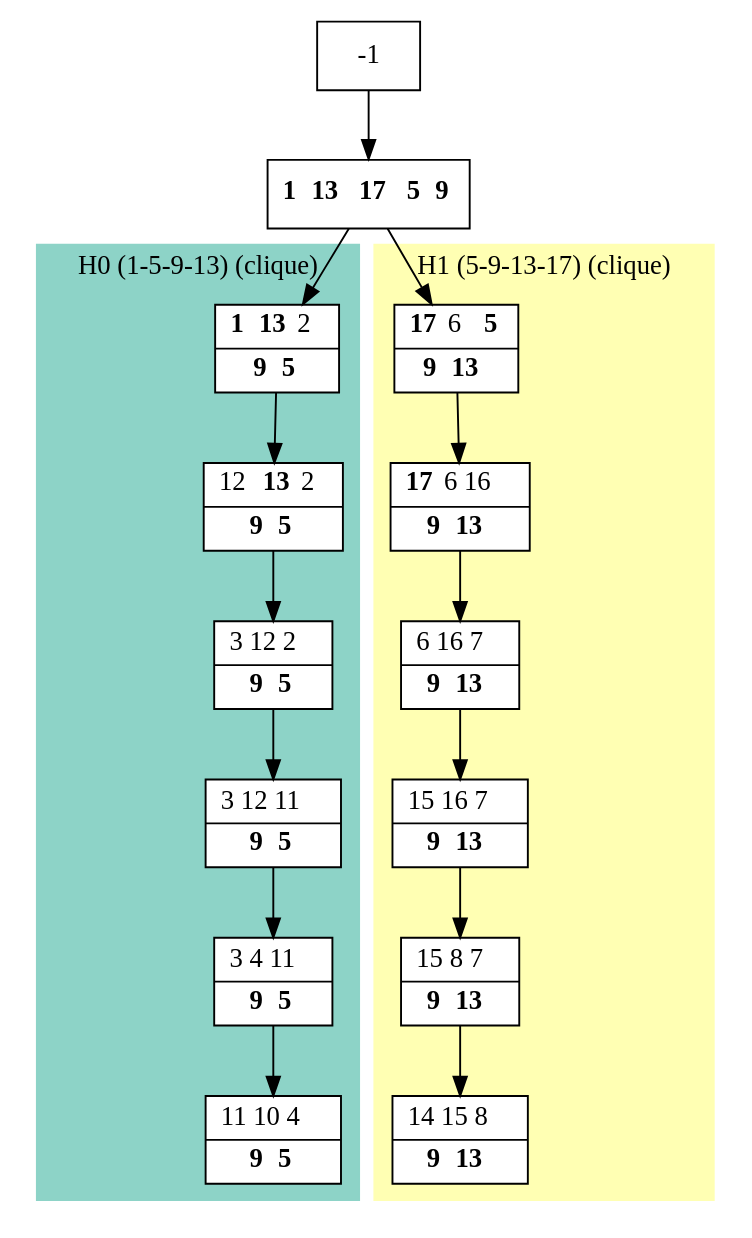
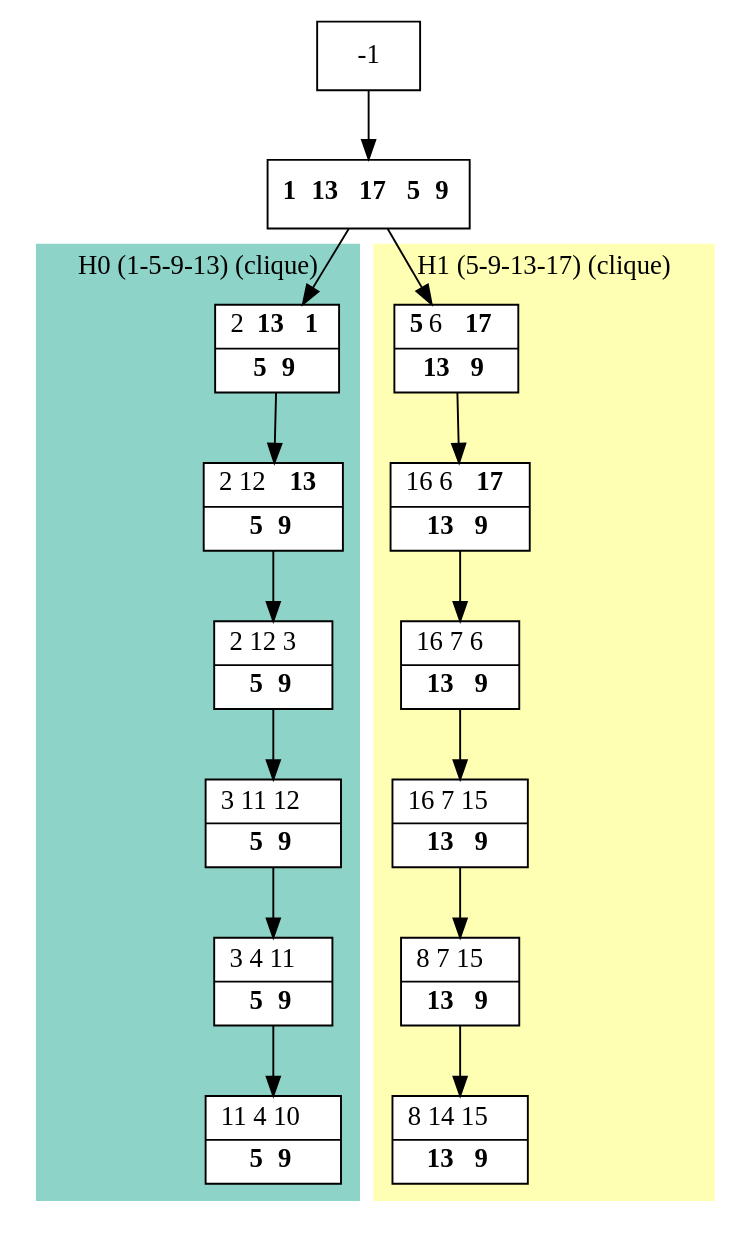
The diagram in results/dot_files/processed_H.dot (bmarchand/auto-dp), drawn with Graphviz before and after one commit. The commit also changed 112 other files, not shown here.

```diff
--- a/results/dot_files/processed_H.dot
+++ b/results/dot_files/processed_H.dot
@@ -1,35 +1,35 @@
 digraph G {
     node [shape=box];
     subgraph cluster0 {
         node [style=filled,fillcolor=white];
         labeljust="l";
         style=filled;
         color="#8DD3C7";
         H0_0 -> H0_1 -> H0_2 -> H0_3 -> H0_4 -> H0_5;
         label="H0 (1-5-9-13) (clique)";
     }
     subgraph cluster1 {
         node [style=filled,fillcolor=white];
         labeljust="l";
         style=filled;
         color="#FFFFB3";
         H1_0 -> H1_1 -> H1_2 -> H1_3 -> H1_4 -> H1_5;
         label="H1 (5-9-13-17) (clique)";
     }
      1 [shape=record,label= <{ <b>1</b> <b>13</b> <b>17</b> <b>5</b> <b>9</b>}> ];
      -1  ->  1;
-     H0_0 [shape=record,label= <{ <b>1</b> <b>13</b> 2|  <b>9</b> <b>5</b>}> ];
+     H0_0 [shape=record,label= <{ 2 <b>13</b> <b>1</b>|  <b>5</b> <b>9</b>}> ];
      1  ->  H0_0;
-     H0_1 [shape=record,label= <{ 12 <b>13</b> 2|  <b>9</b> <b>5</b>}> ];
-     H0_2 [shape=record,label= <{ 3 12 2|  <b>9</b> <b>5</b>}> ];
-     H0_3 [shape=record,label= <{ 3 12 11|  <b>9</b> <b>5</b>}> ];
-     H0_4 [shape=record,label= <{ 3 4 11|  <b>9</b> <b>5</b>}> ];
-     H0_5 [shape=record,label= <{ 11 10 4|  <b>9</b> <b>5</b>}> ];
-     H1_0 [shape=record,label= <{ <b>17</b> 6 <b>5</b>|  <b>9</b> <b>13</b>}> ];
+     H0_1 [shape=record,label= <{ 2 12 <b>13</b>|  <b>5</b> <b>9</b>}> ];
+     H0_2 [shape=record,label= <{ 2 12 3|  <b>5</b> <b>9</b>}> ];
+     H0_3 [shape=record,label= <{ 3 11 12|  <b>5</b> <b>9</b>}> ];
+     H0_4 [shape=record,label= <{ 3 4 11|  <b>5</b> <b>9</b>}> ];
+     H0_5 [shape=record,label= <{ 11 4 10|  <b>5</b> <b>9</b>}> ];
+     H1_0 [shape=record,label= <{ <b>5</b> 6 <b>17</b>|  <b>13</b> <b>9</b>}> ];
      1  ->  H1_0;
-     H1_1 [shape=record,label= <{ <b>17</b> 6 16|  <b>9</b> <b>13</b>}> ];
-     H1_2 [shape=record,label= <{ 6 16 7|  <b>9</b> <b>13</b>}> ];
-     H1_3 [shape=record,label= <{ 15 16 7|  <b>9</b> <b>13</b>}> ];
-     H1_4 [shape=record,label= <{ 15 8 7|  <b>9</b> <b>13</b>}> ];
-     H1_5 [shape=record,label= <{ 14 15 8|  <b>9</b> <b>13</b>}> ];
+     H1_1 [shape=record,label= <{ 16 6 <b>17</b>|  <b>13</b> <b>9</b>}> ];
+     H1_2 [shape=record,label= <{ 16 7 6|  <b>13</b> <b>9</b>}> ];
+     H1_3 [shape=record,label= <{ 16 7 15|  <b>13</b> <b>9</b>}> ];
+     H1_4 [shape=record,label= <{ 8 7 15|  <b>13</b> <b>9</b>}> ];
+     H1_5 [shape=record,label= <{ 8 14 15|  <b>13</b> <b>9</b>}> ];
 }
```
